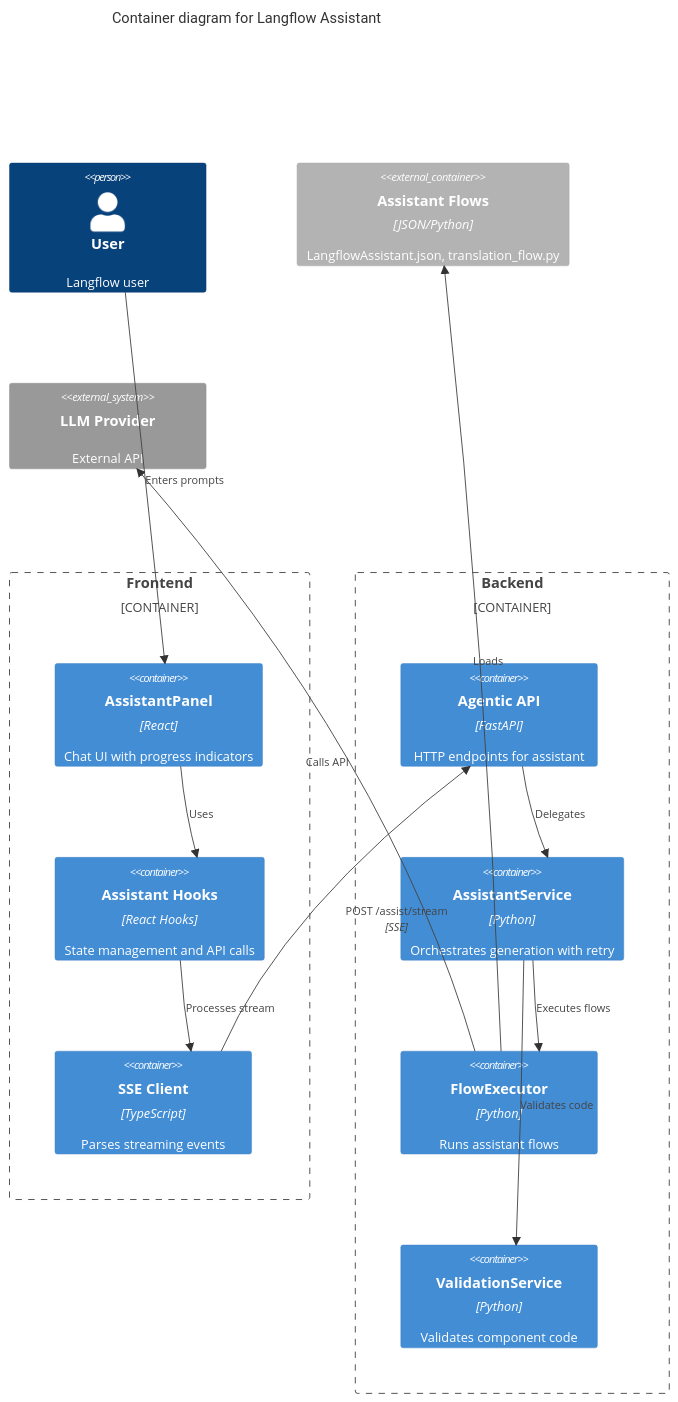
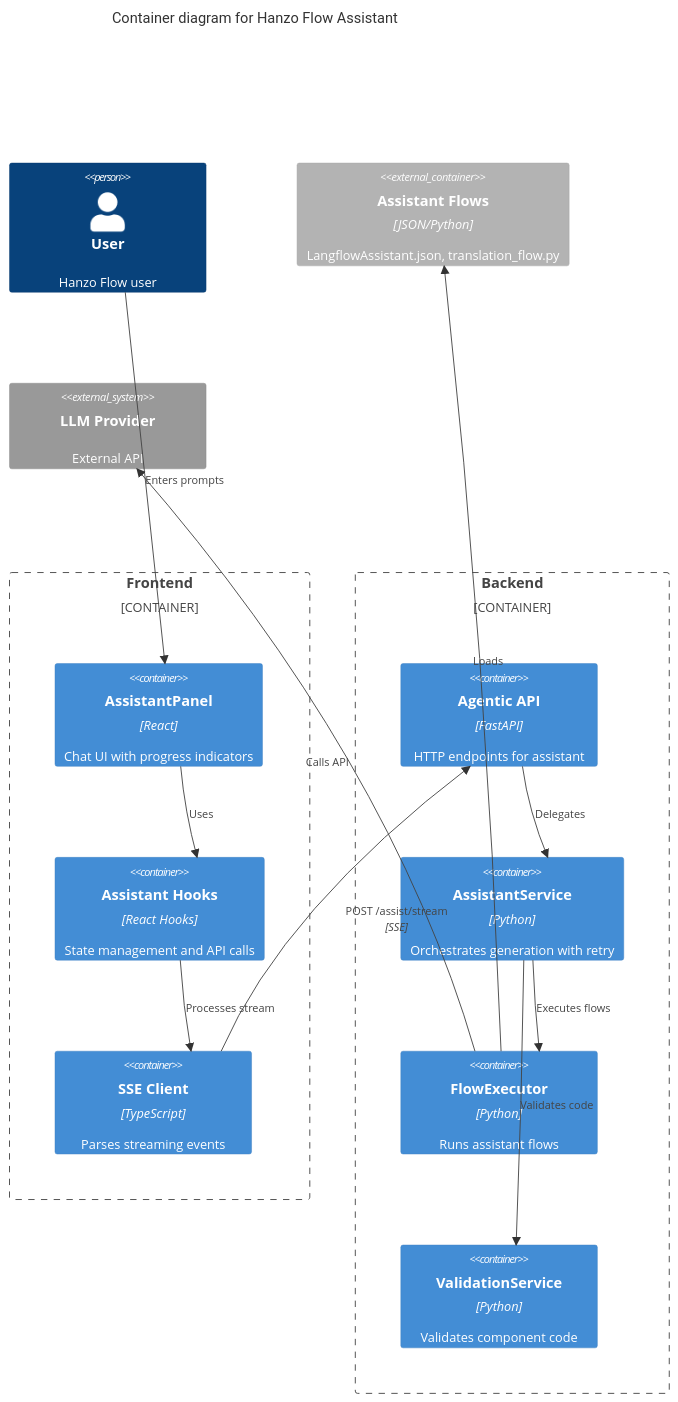
Before and after one commit to hanzoai/flow: the second of 3 diagrams in docs/features/langflow-assistant.md, drawn with Mermaid. The commit also changed other lines of this file and 981 other files, not shown here.

First line of the commit message:
refactor(rebrand): langflow->flow across docs, starter-project data, CI, tests

````diff
--- a/docs/features/langflow-assistant.md
+++ b/docs/features/langflow-assistant.md
@@ -996,32 +996,32 @@
 ```mermaid
 C4Container
-  title Container diagram for Langflow Assistant
+  title Container diagram for Hanzo Flow Assistant
 
-  Person(user, "User", "Langflow user")
+  Person(user, "User", "Hanzo Flow user")
 
   Container_Boundary(frontend, "Frontend") {
     Container(assistant_panel, "AssistantPanel", "React", "Chat UI with progress indicators")
     Container(assistant_hooks, "Assistant Hooks", "React Hooks", "State management and API calls")
     Container(sse_client, "SSE Client", "TypeScript", "Parses streaming events")
   }
 
   Container_Boundary(backend, "Backend") {
     Container(agentic_api, "Agentic API", "FastAPI", "HTTP endpoints for assistant")
     Container(assistant_service, "AssistantService", "Python", "Orchestrates generation with retry")
     Container(flow_executor, "FlowExecutor", "Python", "Runs assistant flows")
     Container(validation_service, "ValidationService", "Python", "Validates component code")
   }
 
   Container_Ext(flows, "Assistant Flows", "JSON/Python", "LangflowAssistant.json, translation_flow.py")
   System_Ext(llm, "LLM Provider", "External API")
 
   Rel(user, assistant_panel, "Enters prompts")
   Rel(assistant_panel, assistant_hooks, "Uses")
   Rel(assistant_hooks, sse_client, "Processes stream")
   Rel(sse_client, agentic_api, "POST /assist/stream", "SSE")
   Rel(agentic_api, assistant_service, "Delegates")
   Rel(assistant_service, flow_executor, "Executes flows")
   Rel(assistant_service, validation_service, "Validates code")
   Rel(flow_executor, flows, "Loads")
   Rel(flow_executor, llm, "Calls API")
 ```
````
